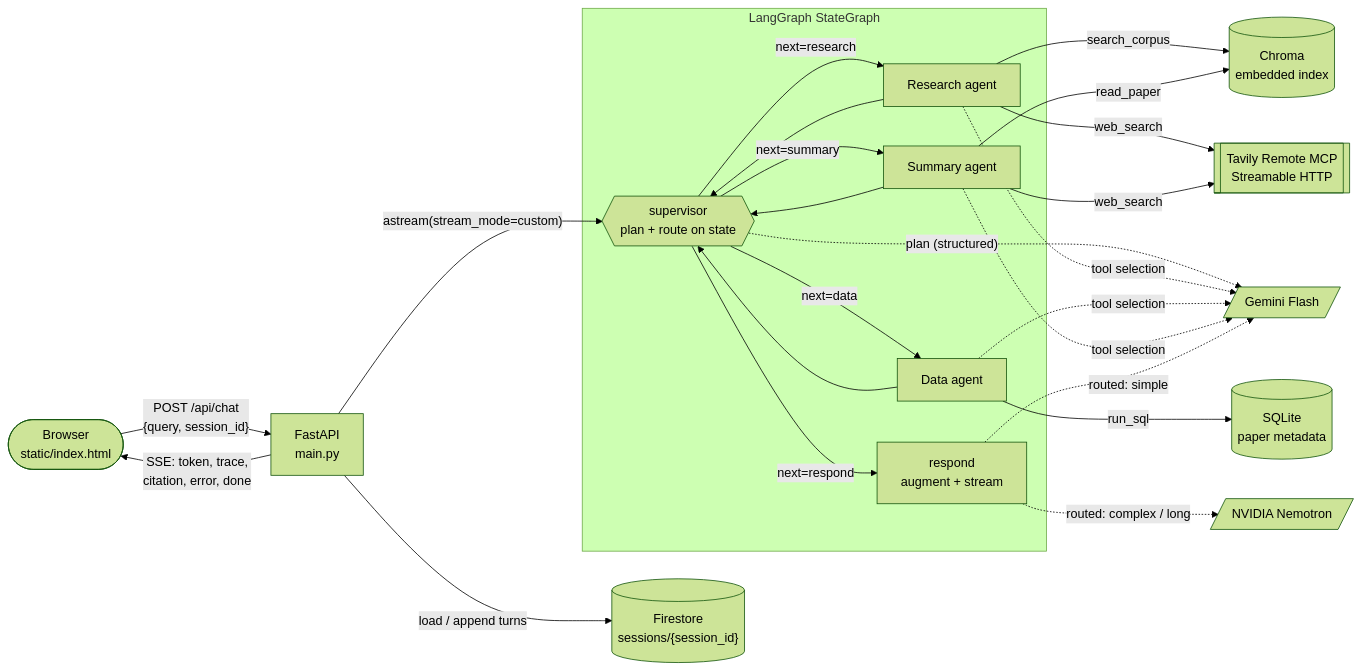
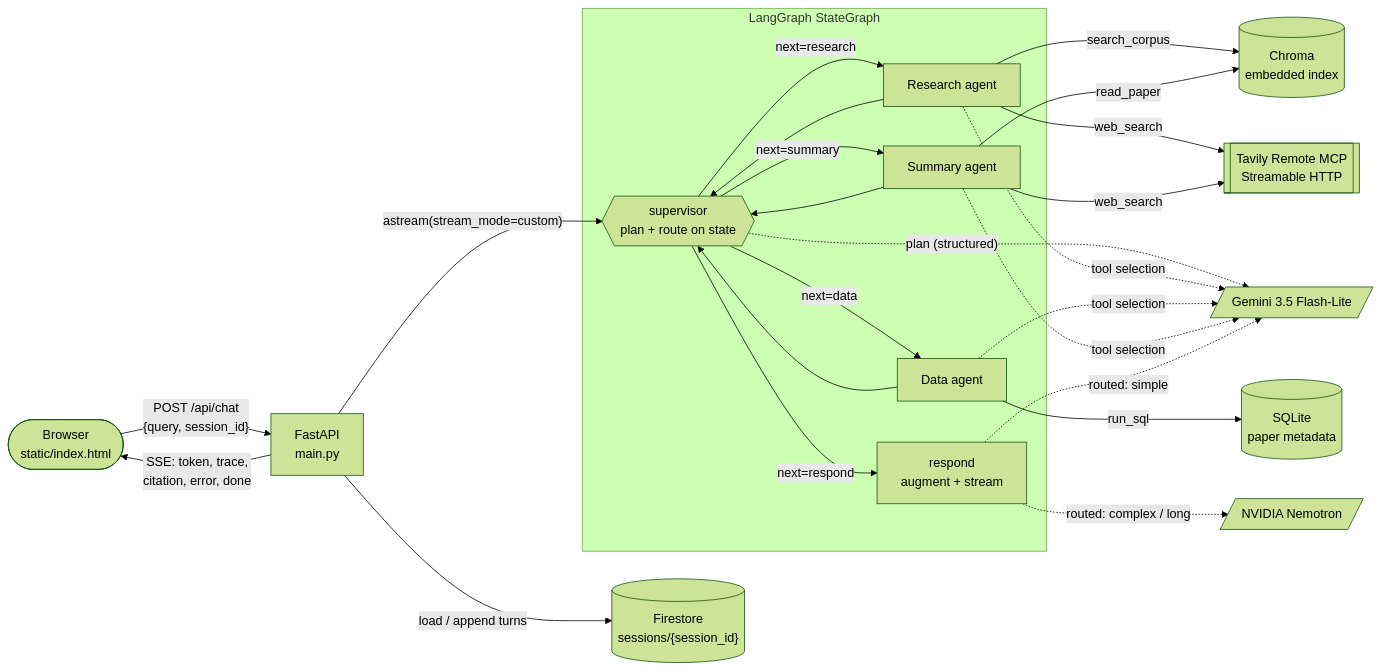
One commit to vindhya-srinivasan/paper-agents changed the diagram in docs/architecture.md. Above: the diagram before and after it, drawn with Mermaid (forest theme). The commit also changed other lines of this file and 76 other files, not shown here.

````diff
--- a/docs/architecture.md
+++ b/docs/architecture.md
@@ -9,27 +9,27 @@
 ```mermaid
 flowchart LR
     U([Browser<br/>static/index.html]) -- "POST /api/chat<br/>{query, session_id}" --> API[FastAPI<br/>main.py]
     API -- "load / append turns" --> FS[("Firestore<br/>sessions/{session_id}")]
     API -- "astream(stream_mode=custom)" --> S
     API -- "SSE: token, trace,<br/>citation, error, done" --> U
 
     subgraph LangGraph StateGraph
         S{{supervisor<br/>plan + route on state}} -- "next=research" --> R[Research agent]
         S -- "next=data" --> D[Data agent]
         S -- "next=summary" --> M[Summary agent]
         R --> S
         D --> S
         M --> S
         S -- "next=respond" --> A[respond<br/>augment + stream]
     end
 
     R -- search_corpus --> C[(Chroma<br/>embedded index)]
     M -- read_paper --> C
     D -- run_sql --> Q[(SQLite<br/>paper metadata)]
     R -- web_search --> T[[Tavily Remote MCP<br/>Streamable HTTP]]
     M -- web_search --> T
-    S -. "plan (structured)" .-> G1[/Gemini Flash/]
+    S -. "plan (structured)" .-> G1[/Gemini 3.5 Flash-Lite/]
     R & D & M -. "tool selection" .-> G1
     A -. "routed: simple" .-> G1
     A -. "routed: complex / long" .-> N1[/NVIDIA Nemotron/]
 ```
````
